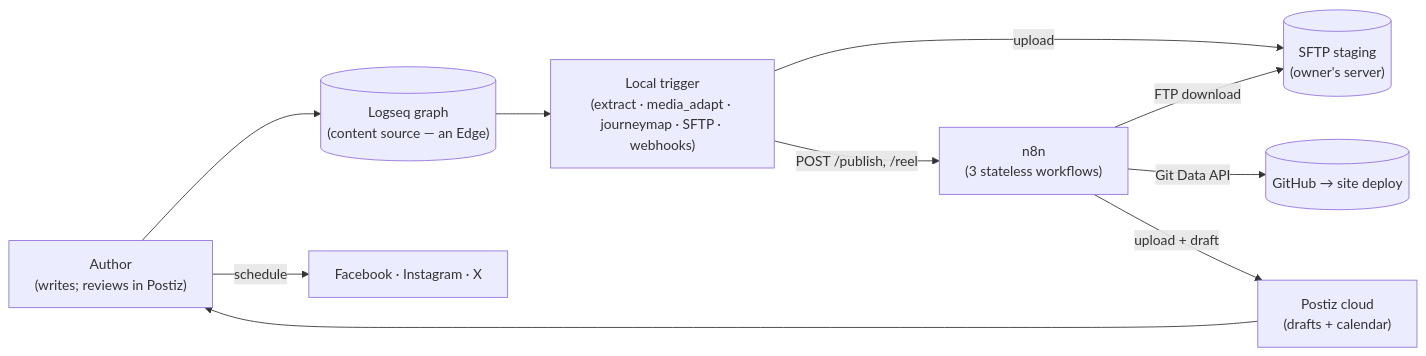
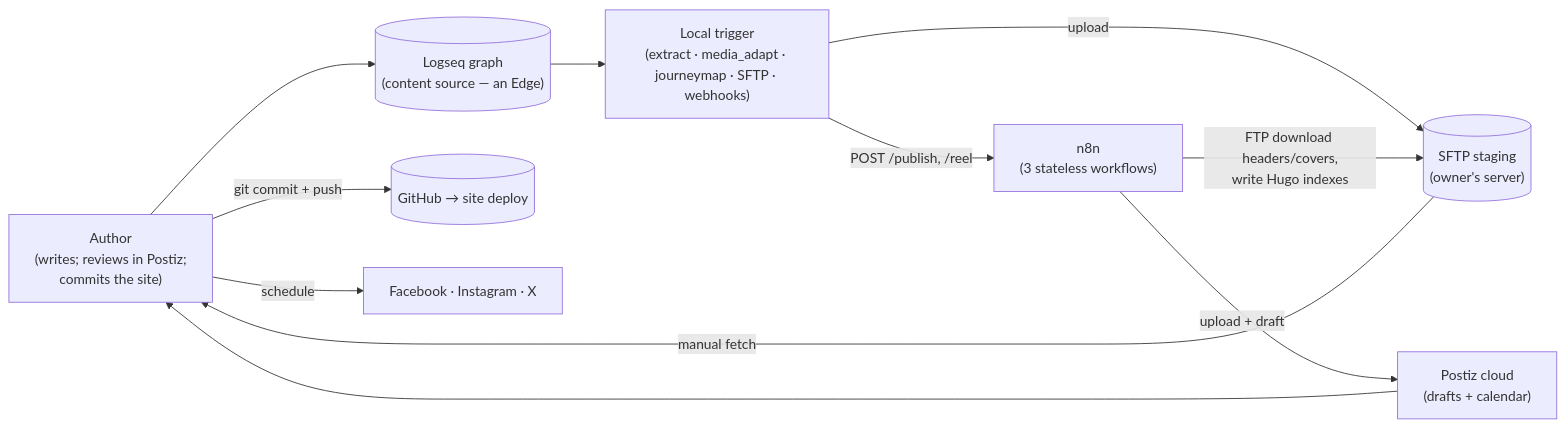
Before and after one commit to bbaumgartner/syndicator: the first of 2 diagrams in docs/architecture.md, drawn with Mermaid. The commit also changed other lines of this file and 10 other files, not shown here.

First line of the commit message:
Stage Hugo site output under sailingnomads/ on SFTP.

````diff
--- a/docs/architecture.md
+++ b/docs/architecture.md
@@ -84,21 +86,22 @@
 ```mermaid
 flowchart LR
-    Author["Author\n(writes; reviews in Postiz)"]
+    Author["Author\n(writes; reviews in Postiz;\ncommits the site)"]
     Graph[("Logseq graph\n(content source — an Edge)")]
     SYN["Local trigger\n(extract · media_adapt · journeymap · SFTP · webhooks)"]
     S[("SFTP staging\n(owner's server)")]
     N8N["n8n\n(3 stateless workflows)"]
     GH[("GitHub → site deploy")]
     PZ["Postiz cloud\n(drafts + calendar)"]
     Platforms["Facebook · Instagram · X"]
 
     Author --> Graph
     Graph --> SYN
     SYN -->|upload| S
     SYN -->|POST /publish, /reel| N8N
-    N8N -->|FTP download| S
-    N8N -->|Git Data API| GH
+    N8N -->|FTP download headers/covers,\nwrite Hugo indexes| S
+    S -->|"manual fetch"| Author
+    Author -->|"git commit + push"| GH
     N8N -->|upload + draft| PZ
     PZ --> Author
     Author -->|schedule| Platforms
 ```
````
